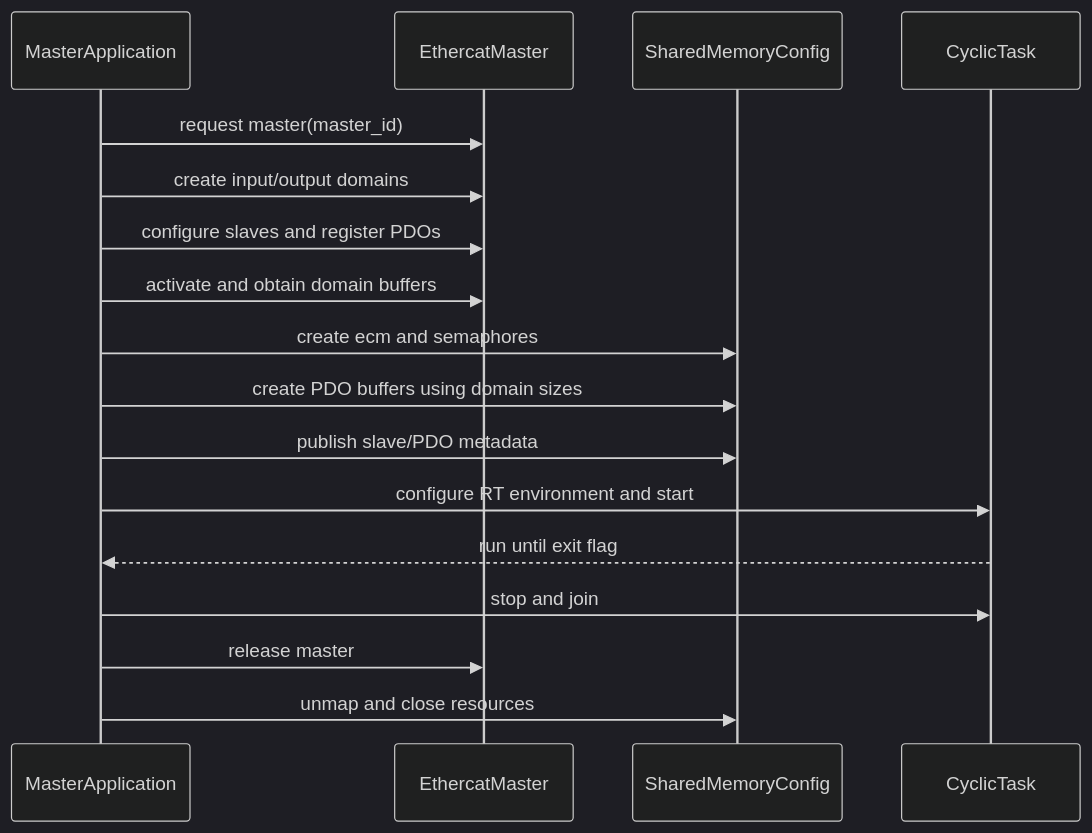
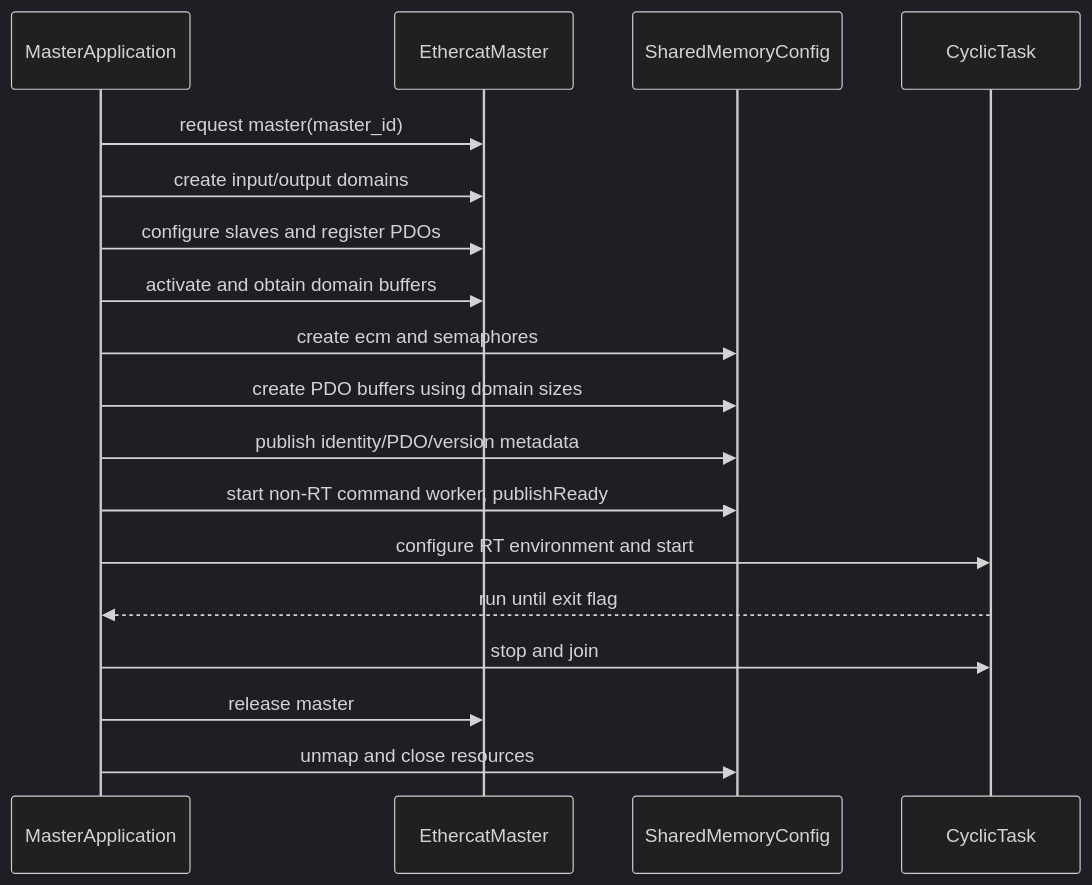
One commit to rocos-sia/rocos-igh changed the second of 2 diagrams in docs/architecture.md. Above: the diagram before and after it, drawn with Mermaid (dark theme). The commit also changed other lines of this file and 32 other files, not shown here.

````diff
--- a/docs/architecture.md
+++ b/docs/architecture.md
@@ -138,20 +139,21 @@
 ```mermaid
 sequenceDiagram
     participant App as MasterApplication
     participant EC as EthercatMaster
     participant IPC as SharedMemoryConfig
     participant RT as CyclicTask
 
     App->>EC: request master(master_id)
     App->>EC: create input/output domains
     App->>EC: configure slaves and register PDOs
     App->>EC: activate and obtain domain buffers
     App->>IPC: create ecm and semaphores
     App->>IPC: create PDO buffers using domain sizes
-    App->>IPC: publish slave/PDO metadata
+    App->>IPC: publish identity/PDO/version metadata
+    App->>IPC: start non-RT command worker, publishReady
     App->>RT: configure RT environment and start
     RT-->>App: run until exit flag
     App->>RT: stop and join
     App->>EC: release master
     App->>IPC: unmap and close resources
 ```
````
